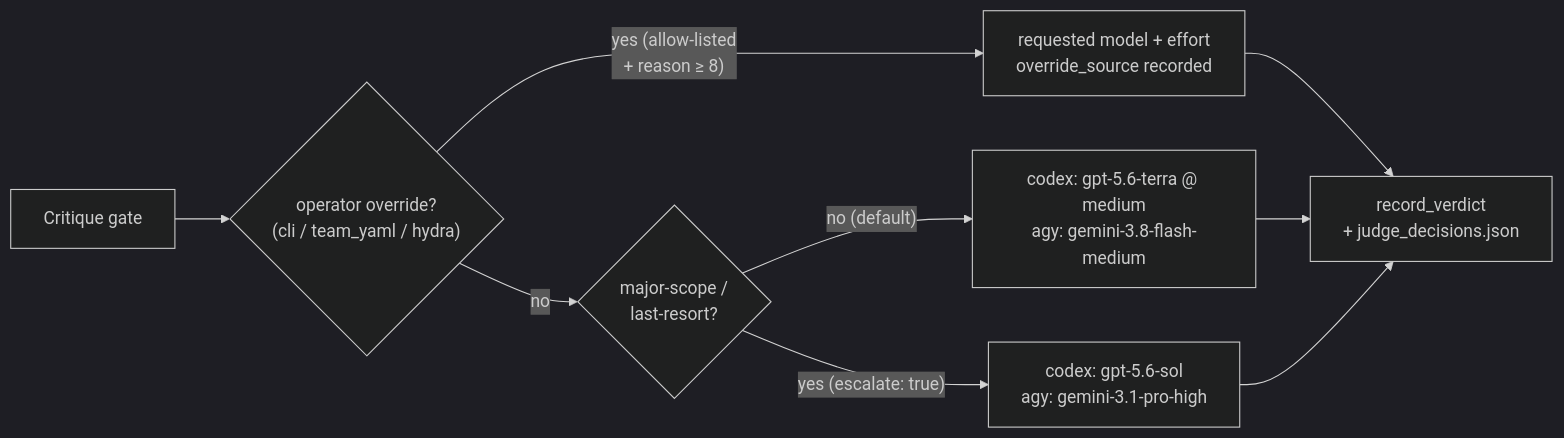
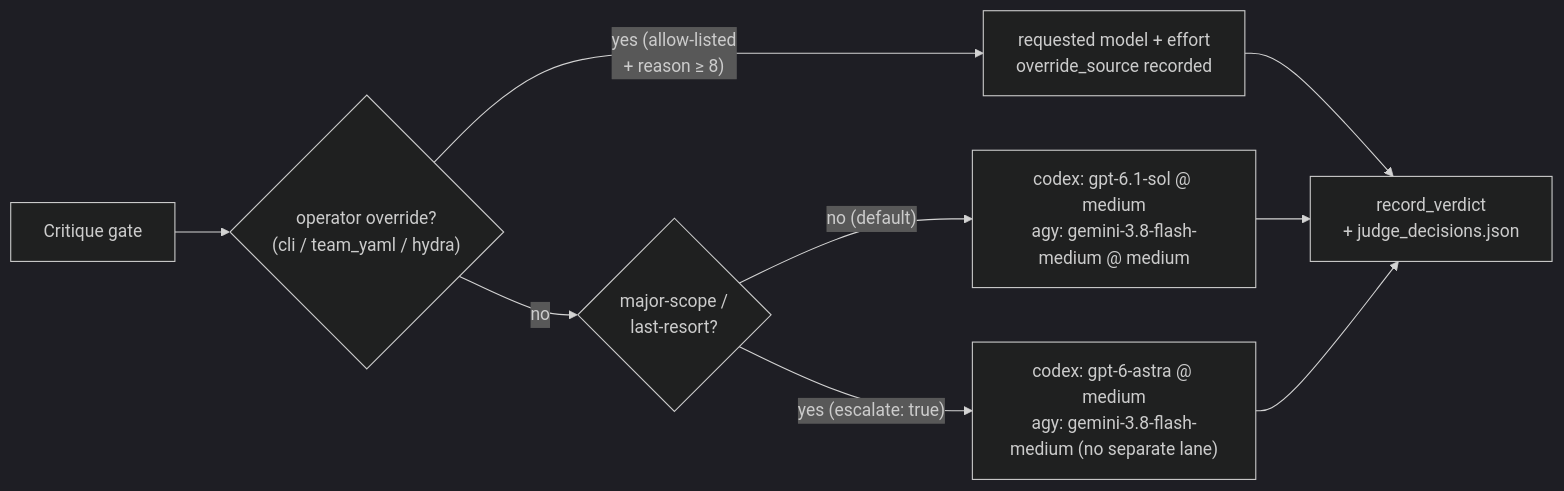
The fifth of 7 diagrams in ARCHITECTURE.md (lebobo88/pair-programmer), drawn with Mermaid before and after one commit. The commit also changed other lines of this file and 39 other files, not shown here.

First line of the commit message:
amend(constitution): repin JUDGE-1 to gpt-6.1-sol / gpt-6-astra; agy flash-medium only

````diff
--- a/ARCHITECTURE.md
+++ b/ARCHITECTURE.md
@@ -375,12 +375,12 @@
 ```mermaid
 %%{init: {'theme':'dark'}}%%
 flowchart LR
     GATE["Critique gate"] --> OV{"operator override?<br/>(cli / team_yaml / hydra)"}
     OV -- "yes (allow-listed<br/>+ reason ≥ 8)" --> PIN["requested model + effort<br/>override_source recorded"]
     OV -- "no" --> DEF{"major-scope /<br/>last-resort?"}
-    DEF -- "no (default)" --> D["codex: gpt-5.6-terra @ medium<br/>agy: gemini-3.8-flash-medium"]
-    DEF -- "yes (escalate: true)" --> E["codex: gpt-5.6-sol<br/>agy: gemini-3.1-pro-high"]
+    DEF -- "no (default)" --> D["codex: gpt-6.1-sol @ medium<br/>agy: gemini-3.8-flash-medium @ medium"]
+    DEF -- "yes (escalate: true)" --> E["codex: gpt-6-astra @ medium<br/>agy: gemini-3.8-flash-medium (no separate lane)"]
     PIN --> REC["record_verdict<br/>+ judge_decisions.json"]
     D --> REC
     E --> REC
 ```
````
